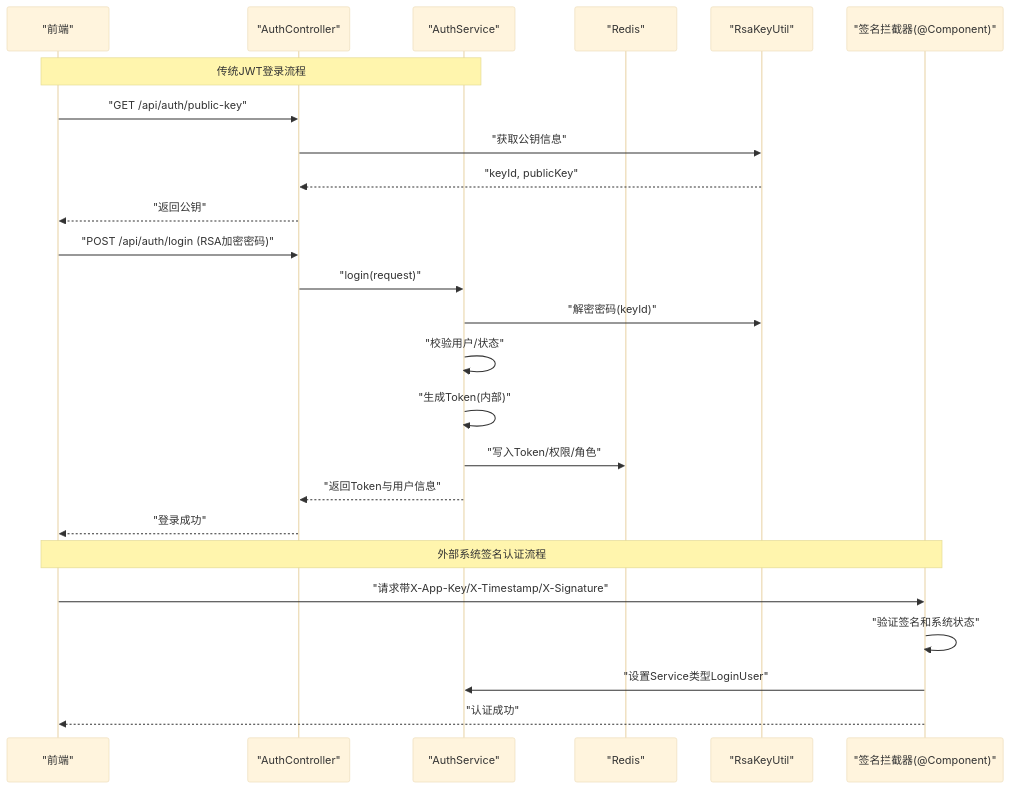
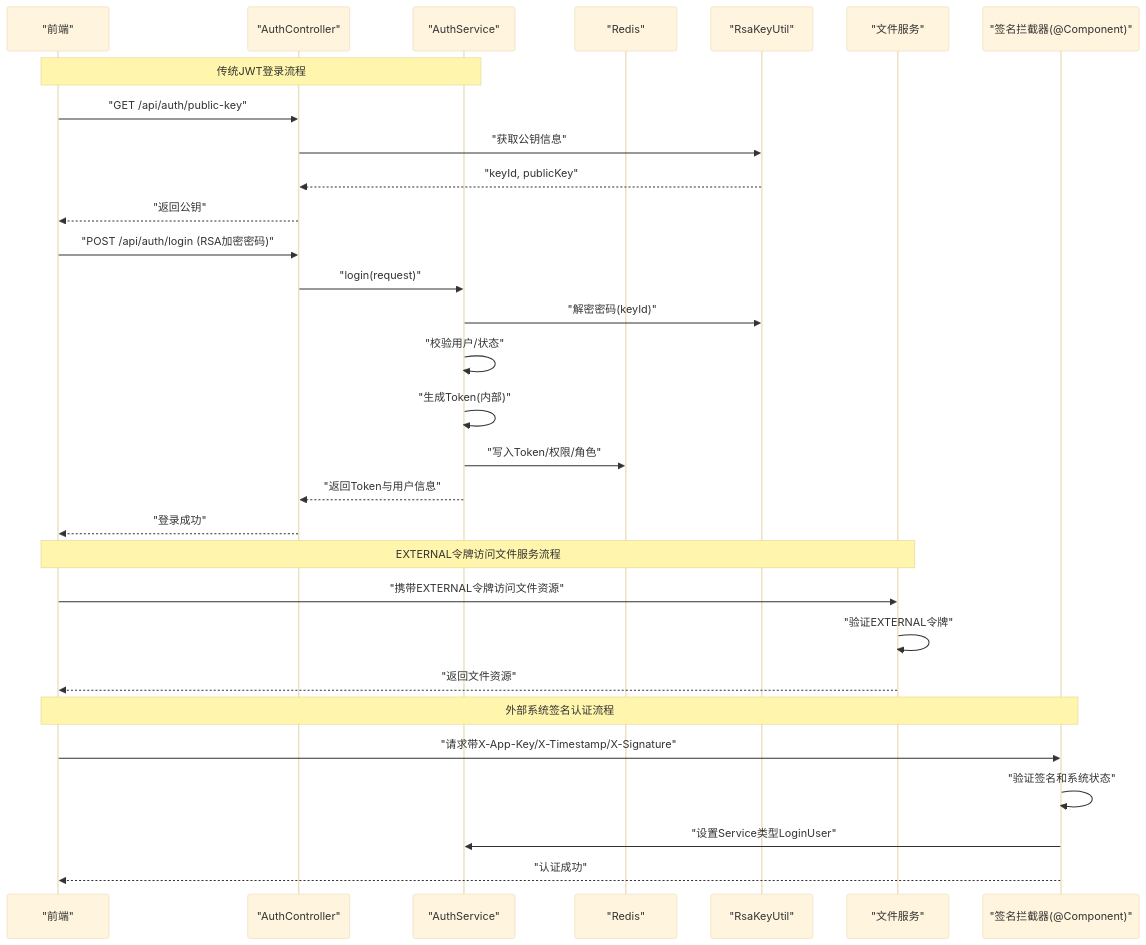
Before and after one commit to DrunkFood/First: diagram 11 of 12 in .qoder/repowiki/zh/content/后端服务/公共模块 (ele-ai-tender-common)/安全认证与授权.md, drawn with Mermaid (base theme). The commit also changed other lines of this file and 66 other files, not shown here.

````diff
--- a/.qoder/repowiki/zh/content/后端服务/公共模块 (ele-ai-tender-common)/安全认证与授权.md
+++ b/.qoder/repowiki/zh/content/后端服务/公共模块 (ele-ai-tender-common)/安全认证与授权.md
@@ -393,27 +481,32 @@
 ```mermaid
 sequenceDiagram
 participant FE as "前端"
 participant AC as "AuthController"
 participant AS as "AuthService"
 participant Redis as "Redis"
 participant RSA as "RsaKeyUtil"
+participant FileSvc as "文件服务"
 participant SigInt as "签名拦截器(@Component)"
 Note over FE,AS : 传统JWT登录流程
 FE->>AC : "GET /api/auth/public-key"
 AC->>RSA : "获取公钥信息"
 RSA-->>AC : "keyId, publicKey"
 AC-->>FE : "返回公钥"
 FE->>AC : "POST /api/auth/login (RSA加密密码)"
 AC->>AS : "login(request)"
 AS->>RSA : "解密密码(keyId)"
 AS->>AS : "校验用户/状态"
 AS->>AS : "生成Token(内部)"
 AS->>Redis : "写入Token/权限/角色"
 AS-->>AC : "返回Token与用户信息"
 AC-->>FE : "登录成功"
+Note over FE,FileSvc : EXTERNAL令牌访问文件服务流程
+FE->>FileSvc : "携带EXTERNAL令牌访问文件资源"
+FileSvc->>FileSvc : "验证EXTERNAL令牌"
+FileSvc-->>FE : "返回文件资源"
 Note over FE,SigInt : 外部系统签名认证流程
 FE->>SigInt : "请求带X-App-Key/X-Timestamp/X-Signature"
 SigInt->>SigInt : "验证签名和系统状态"
 SigInt->>AS : "设置Service类型LoginUser"
 SigInt-->>FE : "认证成功"
 ```
````
